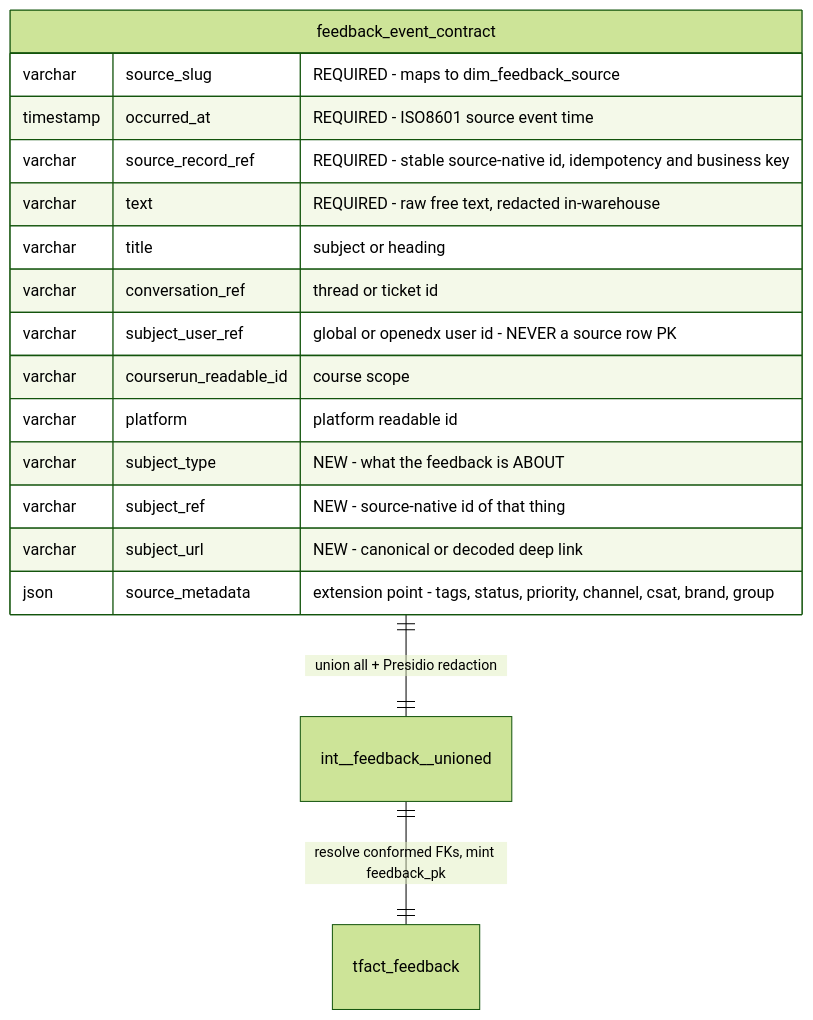
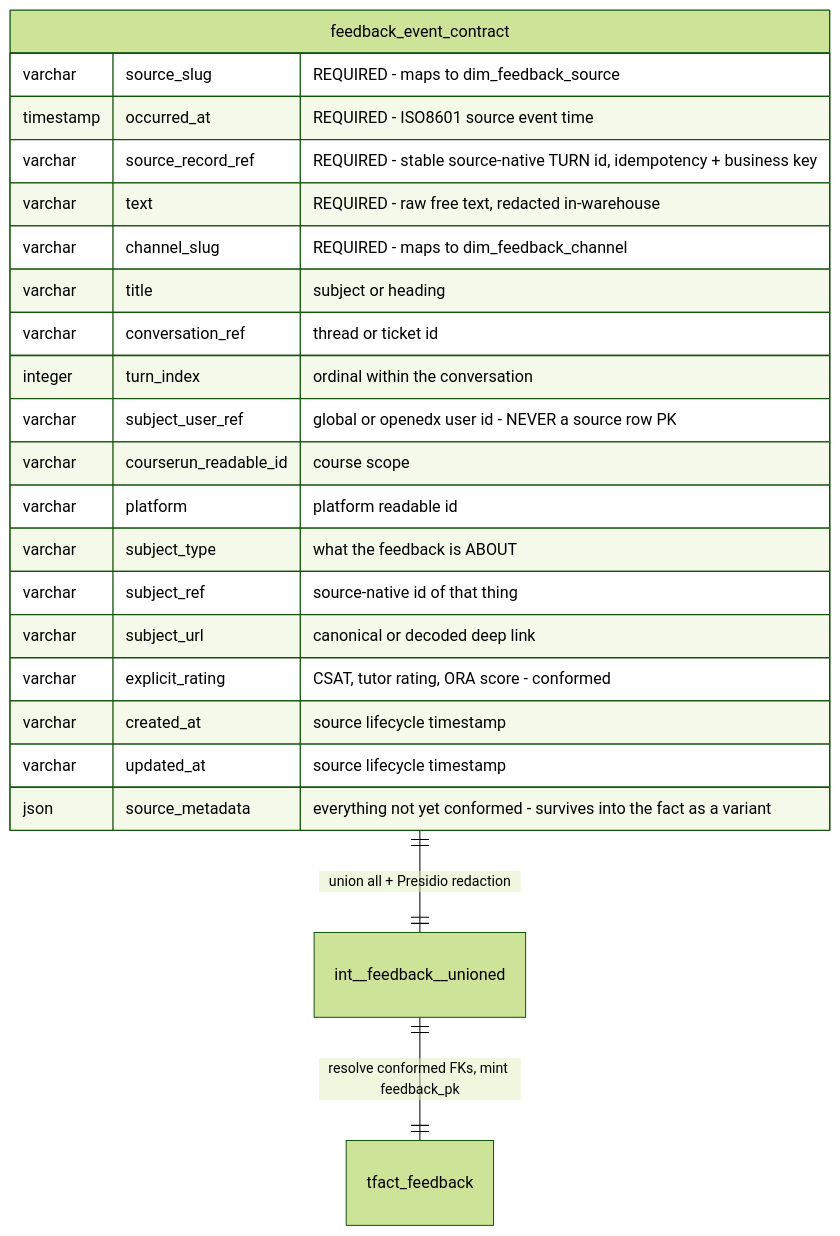
The second of 6 diagrams in docs/design/feedback_erd.md (mitodl/ol-data-platform), drawn with Mermaid (forest theme) before and after one commit. The commit also changed other lines of this file and 7 other files, not shown here.

First line of the commit message:
docs(feedback): turn grain + ≥2-sources conformance rule (rev. 2)

````diff
--- a/docs/design/feedback_erd.md
+++ b/docs/design/feedback_erd.md
@@ -109,21 +208,26 @@
 ```mermaid
 erDiagram
     feedback_event_contract ||--|| int__feedback__unioned : "union all + Presidio redaction"
     int__feedback__unioned  ||--|| tfact_feedback : "resolve conformed FKs, mint feedback_pk"
 
     feedback_event_contract {
         varchar source_slug "REQUIRED - maps to dim_feedback_source"
         timestamp occurred_at "REQUIRED - ISO8601 source event time"
-        varchar source_record_ref "REQUIRED - stable source-native id, idempotency and business key"
+        varchar source_record_ref "REQUIRED - stable source-native TURN id, idempotency + business key"
         varchar text "REQUIRED - raw free text, redacted in-warehouse"
+        varchar channel_slug "REQUIRED - maps to dim_feedback_channel"
         varchar title "subject or heading"
         varchar conversation_ref "thread or ticket id"
+        integer turn_index "ordinal within the conversation"
         varchar subject_user_ref "global or openedx user id - NEVER a source row PK"
         varchar courserun_readable_id "course scope"
         varchar platform "platform readable id"
-        varchar subject_type "NEW - what the feedback is ABOUT"
-        varchar subject_ref "NEW - source-native id of that thing"
-        varchar subject_url "NEW - canonical or decoded deep link"
-        json source_metadata "extension point - tags, status, priority, channel, csat, brand, group"
+        varchar subject_type "what the feedback is ABOUT"
+        varchar subject_ref "source-native id of that thing"
+        varchar subject_url "canonical or decoded deep link"
+        varchar explicit_rating "CSAT, tutor rating, ORA score - conformed"
+        varchar created_at "source lifecycle timestamp"
+        varchar updated_at "source lifecycle timestamp"
+        json source_metadata "everything not yet conformed - survives into the fact as a variant"
     }
 ```
````
